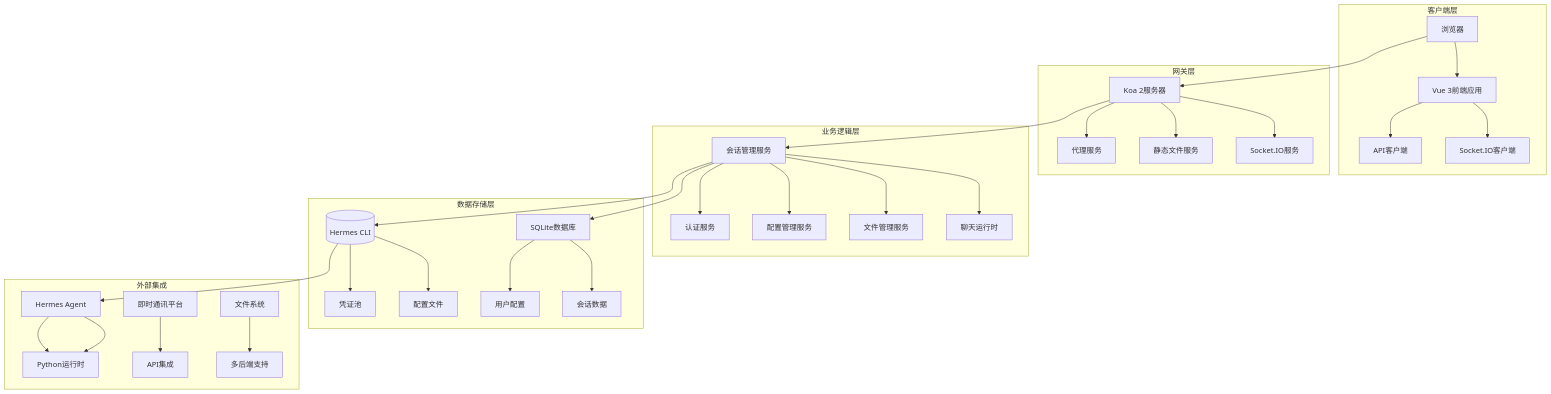
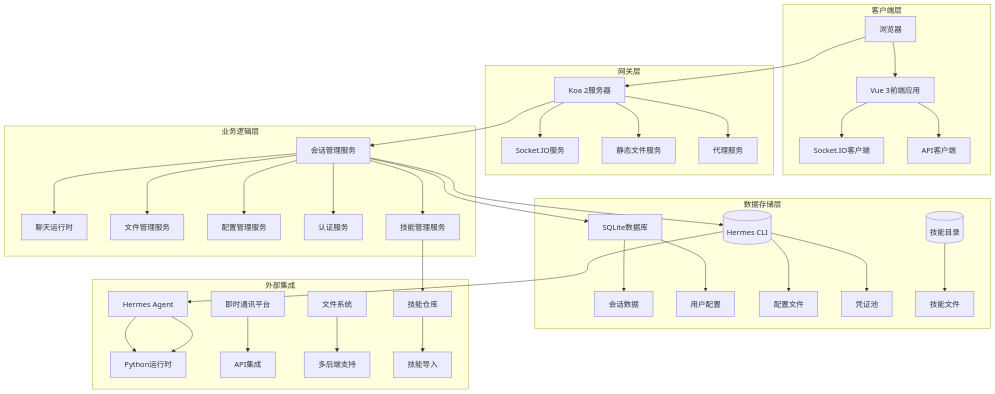
The second of 9 diagrams in .qoder/repowiki/zh/content/项目概述/TAHP控制台系统.md (afcartevil/automated-test-script), drawn with Mermaid before and after one commit. The commit also changed other lines of this file and 191 other files, not shown here.

````diff
--- a/.qoder/repowiki/zh/content/项目概述/TAHP控制台系统.md
+++ b/.qoder/repowiki/zh/content/项目概述/TAHP控制台系统.md
@@ -136,36 +157,40 @@
 ```mermaid
 graph TB
 subgraph "客户端层"
 A[浏览器] --> B[Vue 3前端应用]
 B --> C[Socket.IO客户端]
 B --> D[API客户端]
 end
 subgraph "网关层"
 E[Koa 2服务器] --> F[Socket.IO服务]
 E --> G[静态文件服务]
 E --> H[代理服务]
 end
 subgraph "业务逻辑层"
 I[会话管理服务] --> J[聊天运行时]
 I --> K[文件管理服务]
 I --> L[配置管理服务]
 I --> M[认证服务]
+I --> N[技能管理服务]
 end
 subgraph "数据存储层"
-N[SQLite数据库] --> O[会话数据]
-N --> P[用户配置]
-Q[(Hermes CLI)] --> R[配置文件]
-Q --> S[凭证池]
+O[SQLite数据库] --> P[会话数据]
+O --> Q[用户配置]
+R[(Hermes CLI)] --> S[配置文件]
+R --> T[凭证池]
+U[(技能目录)] --> V[技能文件]
 end
 subgraph "外部集成"
-T[Hermes Agent] --> U[Python运行时]
-V[即时通讯平台] --> W[API集成]
-X[文件系统] --> Y[多后端支持]
+W[Hermes Agent] --> X[Python运行时]
+Y[即时通讯平台] --> Z[API集成]
+AA[文件系统] --> AB[多后端支持]
+AC[技能仓库] --> AD[技能导入]
 end
 A --> E
 E --> I
-I --> N
-I --> Q
-Q --> T
-T --> U
+I --> O
+I --> R
+R --> W
+W --> X
+N --> AC
 ```
````
